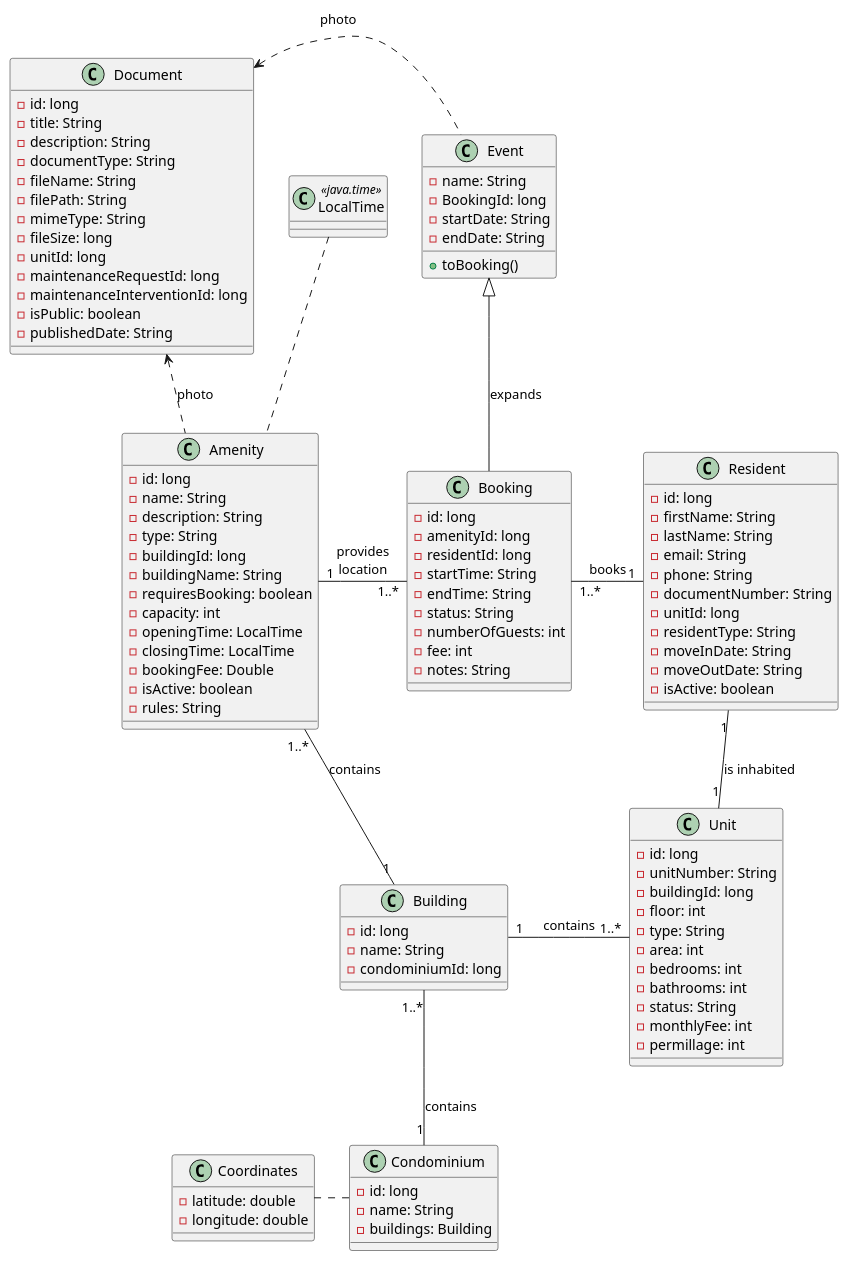
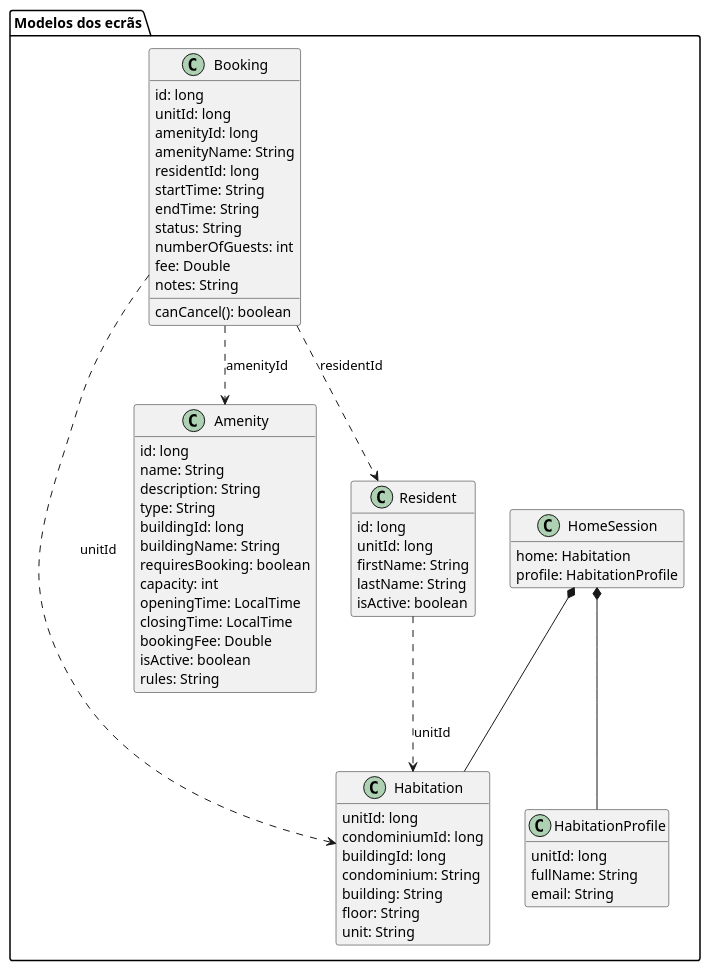
The diagram in app/doc/DomainModel.puml (MiguelSantos568/DSSMV_ProjectDroid_1231121_1240568), drawn with PlantUML before and after one commit. The commit also changed 50 other files, not shown here.

```diff
--- a/app/doc/DomainModel.puml
+++ b/app/doc/DomainModel.puml
@@ -1,121 +1,68 @@
 @startuml
+hide empty methods
 
-'----- Classes -----
-
-class "Document"{
-    - id: long
-    - title: String
-    - description: String
-    - documentType: String
-    - fileName: String
-    - filePath: String
-    - mimeType: String
-    - fileSize: long
-    - unitId: long
-    - maintenanceRequestId: long
-    - maintenanceInterventionId: long
-    - isPublic: boolean
-    - publishedDate: String
+package "Modelos dos ecrãs" {
+    class Habitation {
+        unitId: long
+        condominiumId: long
+        buildingId: long
+        condominium: String
+        building: String
+        floor: String
+        unit: String
+    }
+    class HabitationProfile {
+        unitId: long
+        fullName: String
+        email: String
+    }
+    class HomeSession {
+        home: Habitation
+        profile: HabitationProfile
+    }
+    class Amenity {
+        id: long
+        name: String
+        description: String
+        type: String
+        buildingId: long
+        buildingName: String
+        requiresBooking: boolean
+        capacity: int
+        openingTime: LocalTime
+        closingTime: LocalTime
+        bookingFee: Double
+        isActive: boolean
+        rules: String
+    }
+    class Resident {
+        id: long
+        unitId: long
+        firstName: String
+        lastName: String
+        isActive: boolean
+    }
+    class Booking {
+        id: long
+        unitId: long
+        amenityId: long
+        amenityName: String
+        residentId: long
+        startTime: String
+        endTime: String
+        status: String
+        numberOfGuests: int
+        fee: Double
+        notes: String
+        canCancel(): boolean
+    }
 }
 
-class "Condominium"{
-    - id: long
-    - name: String
-    - buildings: Building
-}
-
-class "Coordinates"{
-    - latitude: double
-    - longitude: double
-}
-
-class "Amenity"{
-    - id: long
-    - name: String
-    - description: String
-    - type: String
-    - buildingId: long
-    - buildingName: String
-    - requiresBooking: boolean
-    - capacity: int
-    - openingTime: LocalTime
-    - closingTime: LocalTime
-    - bookingFee: Double
-    - isActive: boolean
-    - rules: String
-}
-
-class "Booking"{
-    - id: long
-    - amenityId: long
-    - residentId: long
-    - startTime: String
-    - endTime: String
-    - status: String
-    - numberOfGuests: int
-    - fee: int
-    - notes: String
-}
-
-class "Building"{
-    - id: long
-    - name: String
-    - condominiumId: long
-}
-
-class "Resident"{
-    - id: long
-    - firstName: String
-    - lastName: String
-    - email: String
-    - phone: String
-    - documentNumber: String
-    - unitId: long
-    - residentType: String
-    - moveInDate: String
-    - moveOutDate: String
-    - isActive: boolean
-}
-
-class "Unit"{
-    - id: long
-    - unitNumber: String
-    - buildingId: long
-    - floor: int
-    - type: String
-    - area: int
-    - bedrooms: int
-    - bathrooms: int
-    - status: String
-    - monthlyFee: int
-    - permillage: int
-}
-
-class "LocalTime" <<java.time>>
-
-class "Event"{
-    - name: String
-    - BookingId: long
-    - startDate: String
-    - endDate: String
-    +toBooking()
-}
-
-'----- Connections -----
-
-"Coordinates" -right. "Condominium"
-"LocalTime" -. "Amenity"
-
-"Building" "1..*"--"1" "Condominium" : "contains"
-"Amenity" "1..*"--"1" "Building" : "contains"
-"Unit" "1..*"-left-"1" "Building" : "contains"
-"Resident" "1"--"1" "Unit" : "is inhabited"
-"Booking" "1..*"-right-"1" "Resident" : "books"
-"Booking" "1..*"-left-"1" "Amenity" : "provides\nlocation"
-
-"Booking" -up-|> "Event" : "expands"
-
-"Amenity" -left.> "Document" : photo
-"Event" -left.> "Document" : photo
+HomeSession *-- Habitation
+HomeSession *-- HabitationProfile
+Booking ..> Habitation : unitId
+Booking ..> Amenity : amenityId
+Booking ..> Resident : residentId
+Resident ..> Habitation : unitId
 
 @enduml
```
